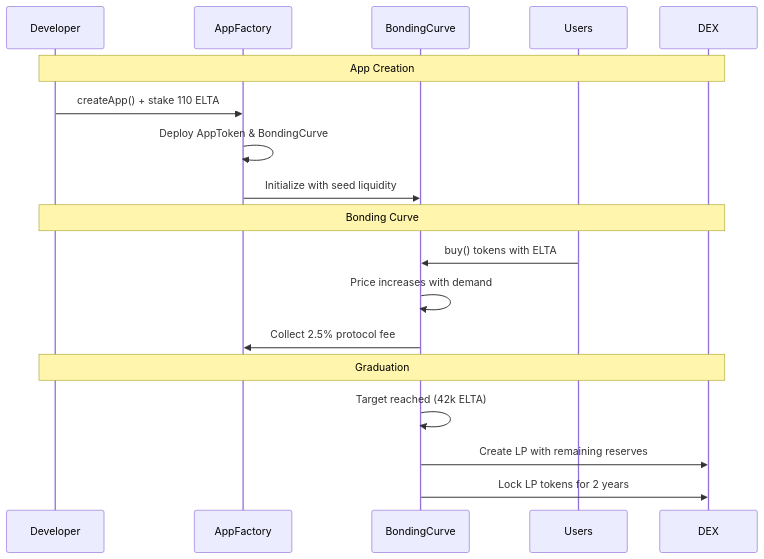
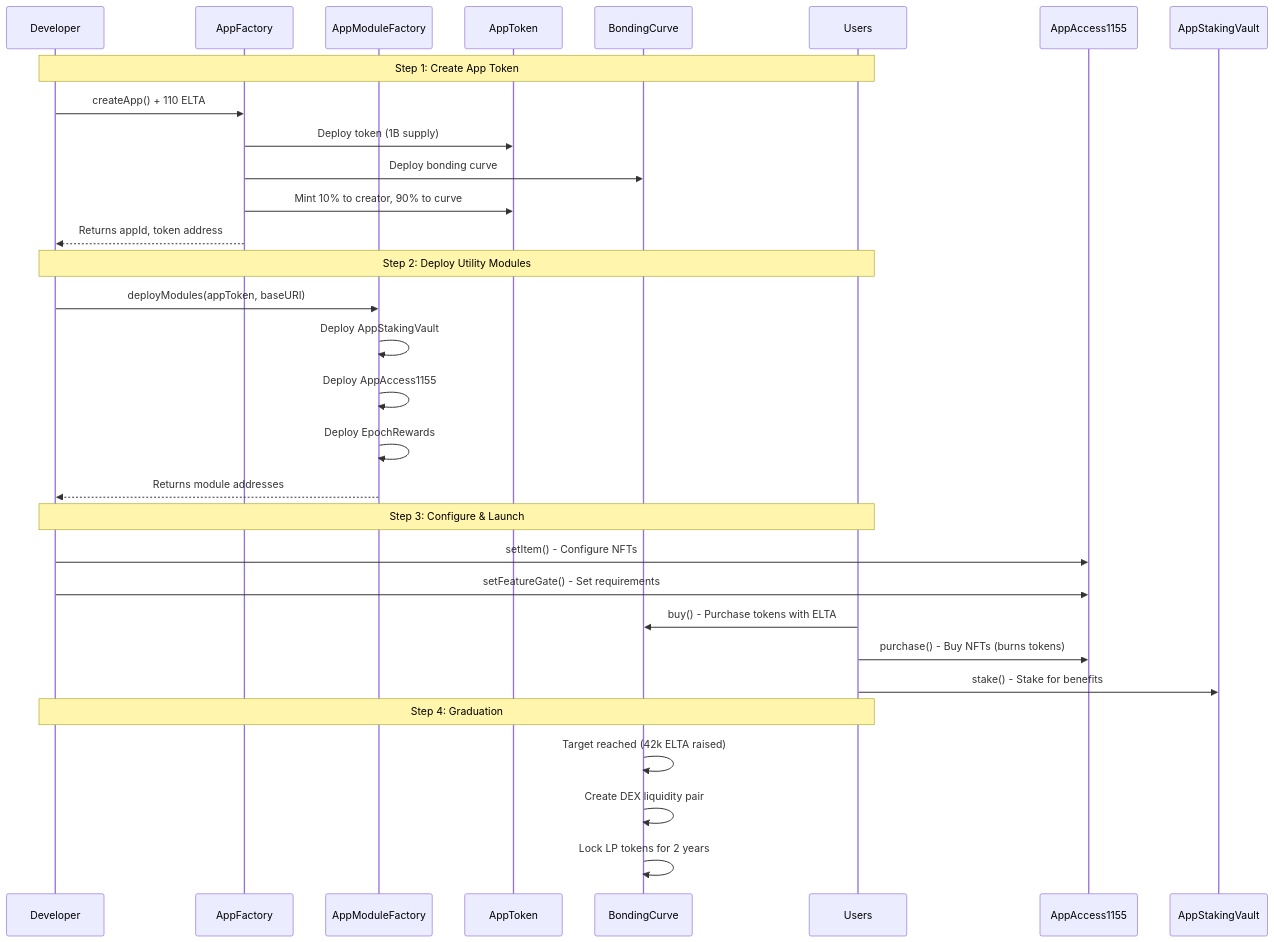
The fifth of 10 diagrams in README.md (Elata-Biosciences/elata-protocol), drawn with Mermaid before and after one commit. The commit also changed other lines of this file and 10 other files, not shown here.

````diff
--- a/README.md
+++ b/README.md
@@ -209,23 +237,35 @@
 ```mermaid
 sequenceDiagram
     participant Developer
     participant AppFactory
+    participant AppModuleFactory
+    participant AppToken
     participant BondingCurve
     participant Users
-    participant DEX
     
-    Note over Developer, DEX: App Creation
-    Developer->>AppFactory: createApp() + stake 110 ELTA
-    AppFactory->>AppFactory: Deploy AppToken & BondingCurve
-    AppFactory->>BondingCurve: Initialize with seed liquidity
+    Note over Developer, Users: Step 1: Create App Token
+    Developer->>AppFactory: createApp() + 110 ELTA
+    AppFactory->>AppToken: Deploy token (1B supply)
+    AppFactory->>BondingCurve: Deploy bonding curve
+    AppFactory->>AppToken: Mint 10% to creator, 90% to curve
+    AppFactory-->>Developer: Returns appId, token address
     
-    Note over Developer, DEX: Bonding Curve
-    Users->>BondingCurve: buy() tokens with ELTA
-    BondingCurve->>BondingCurve: Price increases with demand
-    BondingCurve->>AppFactory: Collect 2.5% protocol fee
+    Note over Developer, Users: Step 2: Deploy Utility Modules
+    Developer->>AppModuleFactory: deployModules(appToken, baseURI)
+    AppModuleFactory->>AppModuleFactory: Deploy AppStakingVault
+    AppModuleFactory->>AppModuleFactory: Deploy AppAccess1155
+    AppModuleFactory->>AppModuleFactory: Deploy EpochRewards
+    AppModuleFactory-->>Developer: Returns module addresses
     
-    Note over Developer, DEX: Graduation
-    BondingCurve->>BondingCurve: Target reached (42k ELTA)
-    BondingCurve->>DEX: Create LP with remaining reserves
-    BondingCurve->>DEX: Lock LP tokens for 2 years
+    Note over Developer, Users: Step 3: Configure & Launch
+    Developer->>AppAccess1155: setItem() - Configure NFTs
+    Developer->>AppAccess1155: setFeatureGate() - Set requirements
+    Users->>BondingCurve: buy() - Purchase tokens with ELTA
+    Users->>AppAccess1155: purchase() - Buy NFTs (burns tokens)
+    Users->>AppStakingVault: stake() - Stake for benefits
+    
+    Note over Developer, Users: Step 4: Graduation
+    BondingCurve->>BondingCurve: Target reached (42k ELTA raised)
+    BondingCurve->>BondingCurve: Create DEX liquidity pair
+    BondingCurve->>BondingCurve: Lock LP tokens for 2 years
 ```
````
